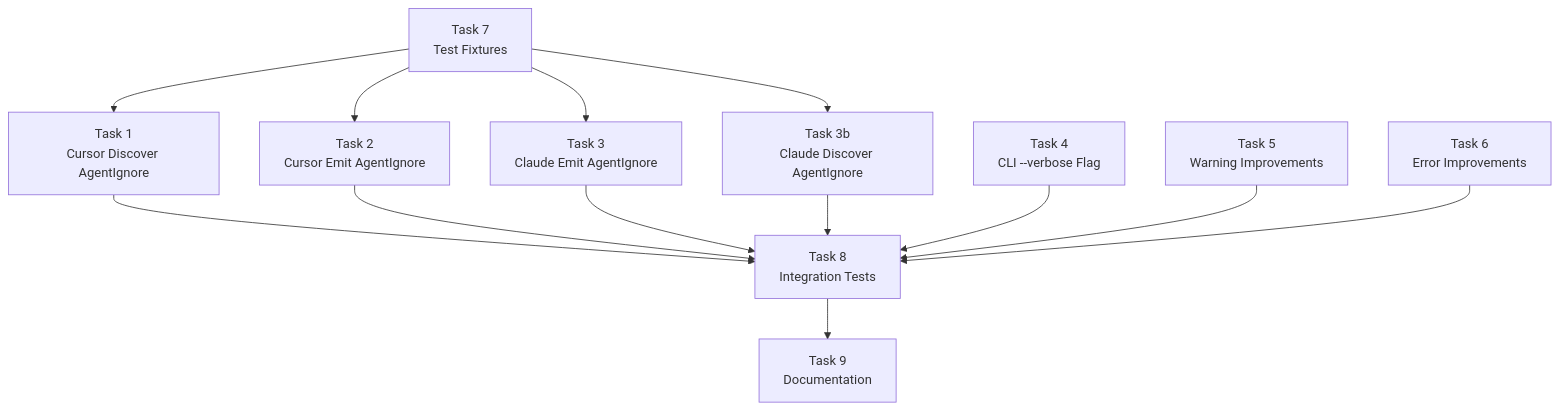
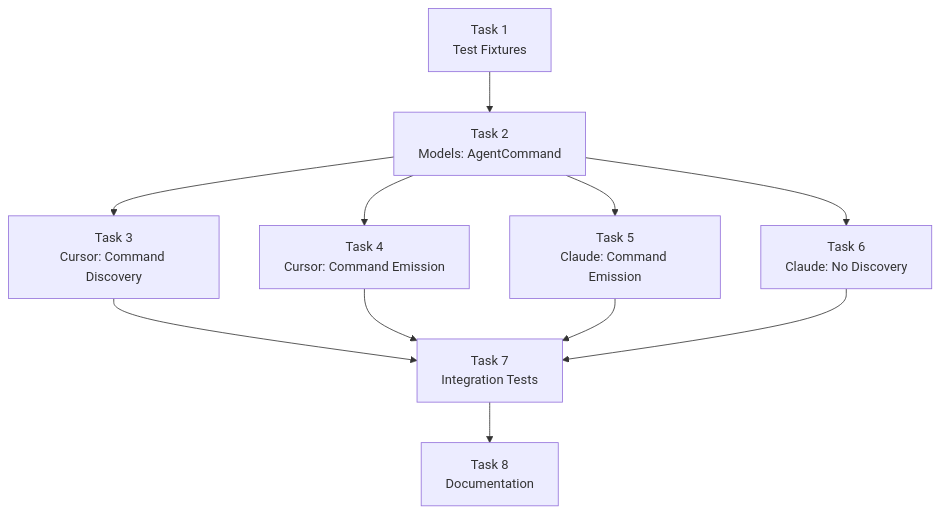
Before and after one commit to Texarkanine/a16n: the diagram in memory-bank/tasks.md, drawn with Mermaid. The commit also changed other lines of this file and 3 other files, not shown here.

````diff
--- a/memory-bank/tasks.md
+++ b/memory-bank/tasks.md
@@ -463,26 +480,22 @@
 ```mermaid
 flowchart TD
-    T7["Task 7<br/>Test Fixtures"]
-    T1["Task 1<br/>Cursor Discover AgentIgnore"]
-    T2["Task 2<br/>Cursor Emit AgentIgnore"]
-    T3["Task 3<br/>Claude Emit AgentIgnore"]
-    T3b["Task 3b<br/>Claude Discover AgentIgnore"]
-    T4["Task 4<br/>CLI --verbose Flag"]
-    T5["Task 5<br/>Warning Improvements"]
-    T6["Task 6<br/>Error Improvements"]
-    T8["Task 8<br/>Integration Tests"]
-    T9["Task 9<br/>Documentation"]
+    T1["Task 1<br/>Test Fixtures"]
+    T2["Task 2<br/>Models: AgentCommand"]
+    T3["Task 3<br/>Cursor: Command Discovery"]
+    T4["Task 4<br/>Cursor: Command Emission"]
+    T5["Task 5<br/>Claude: Command Emission"]
+    T6["Task 6<br/>Claude: No Discovery"]
+    T7["Task 7<br/>Integration Tests"]
+    T8["Task 8<br/>Documentation"]
 
-    T7 --> T1
-    T7 --> T2
-    T7 --> T3
-    T7 --> T3b
-    T1 --> T8
-    T2 --> T8
-    T3 --> T8
-    T3b --> T8
-    T4 --> T8
-    T5 --> T8
-    T6 --> T8
-    T8 --> T9
+    T1 --> T2
+    T2 --> T3
+    T2 --> T4
+    T2 --> T5
+    T2 --> T6
+    T3 --> T7
+    T4 --> T7
+    T5 --> T7
+    T6 --> T7
+    T7 --> T8
 ```
````
